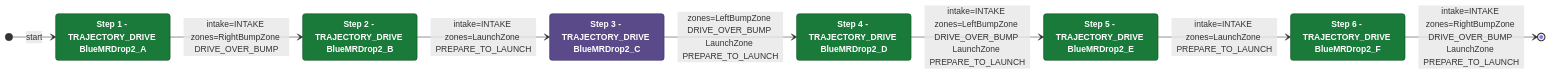
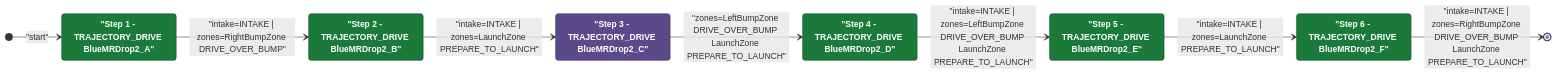
The diagram in documents/auton/BlueBOutDrop2NDepNOutScoreNCli.md (Team302/2026Rebuilt), drawn with Mermaid before and after one commit. The commit also changed 242 other files, not shown here.

Commit message:
Regenerated diagrams with fixed red

````diff
--- a/documents/auton/BlueBOutDrop2NDepNOutScoreNCli.md
+++ b/documents/auton/BlueBOutDrop2NDepNOutScoreNCli.md
@@ -8,30 +8,30 @@
 ```mermaid
 stateDiagram-v2
     direction LR
 
     %% Green = intake active, Purple = intake off
     classDef intake  fill:#1a7a3a,color:#ffffff,stroke:#0d4a1f,font-weight:bold
     classDef noIntake fill:#5a4a8a,color:#ffffff,stroke:#3a2a6a,font-weight:bold
 
-    Step1 : Step 1 - TRAJECTORY_DRIVE BlueMRDrop2_A
-    Step2 : Step 2 - TRAJECTORY_DRIVE BlueMRDrop2_B
-    Step3 : Step 3 - TRAJECTORY_DRIVE BlueMRDrop2_C
-    Step4 : Step 4 - TRAJECTORY_DRIVE BlueMRDrop2_D
-    Step5 : Step 5 - TRAJECTORY_DRIVE BlueMRDrop2_E
-    Step6 : Step 6 - TRAJECTORY_DRIVE BlueMRDrop2_F
+    Step1 : "Step 1 - TRAJECTORY_DRIVE BlueMRDrop2_A"
+    Step2 : "Step 2 - TRAJECTORY_DRIVE BlueMRDrop2_B"
+    Step3 : "Step 3 - TRAJECTORY_DRIVE BlueMRDrop2_C"
+    Step4 : "Step 4 - TRAJECTORY_DRIVE BlueMRDrop2_D"
+    Step5 : "Step 5 - TRAJECTORY_DRIVE BlueMRDrop2_E"
+    Step6 : "Step 6 - TRAJECTORY_DRIVE BlueMRDrop2_F"
 
     class Step1 intake
     class Step2 intake
     class Step3 noIntake
     class Step4 intake
     class Step5 intake
     class Step6 intake
 
-    [*] --> Step1 : start
-    Step1 --> Step2: intake=INTAKE zones=RightBumpZone DRIVE_OVER_BUMP
-    Step2 --> Step3: intake=INTAKE zones=LaunchZone PREPARE_TO_LAUNCH
-    Step3 --> Step4: zones=LeftBumpZone DRIVE_OVER_BUMP LaunchZone PREPARE_TO_LAUNCH
-    Step4 --> Step5: intake=INTAKE zones=LeftBumpZone DRIVE_OVER_BUMP LaunchZone PREPARE_TO_LAUNCH
-    Step5 --> Step6: intake=INTAKE zones=LaunchZone PREPARE_TO_LAUNCH
-    Step6 --> [*]: intake=INTAKE zones=RightBumpZone DRIVE_OVER_BUMP LaunchZone PREPARE_TO_LAUNCH
+    [*] --> Step1 : "start"
+    Step1 --> Step2: "intake=INTAKE | zones=RightBumpZone DRIVE_OVER_BUMP"
+    Step2 --> Step3: "intake=INTAKE | zones=LaunchZone PREPARE_TO_LAUNCH"
+    Step3 --> Step4: "zones=LeftBumpZone DRIVE_OVER_BUMP LaunchZone PREPARE_TO_LAUNCH"
+    Step4 --> Step5: "intake=INTAKE | zones=LeftBumpZone DRIVE_OVER_BUMP LaunchZone PREPARE_TO_LAUNCH"
+    Step5 --> Step6: "intake=INTAKE | zones=LaunchZone PREPARE_TO_LAUNCH"
+    Step6 --> [*]: "intake=INTAKE | zones=RightBumpZone DRIVE_OVER_BUMP LaunchZone PREPARE_TO_LAUNCH"
 ```
````
